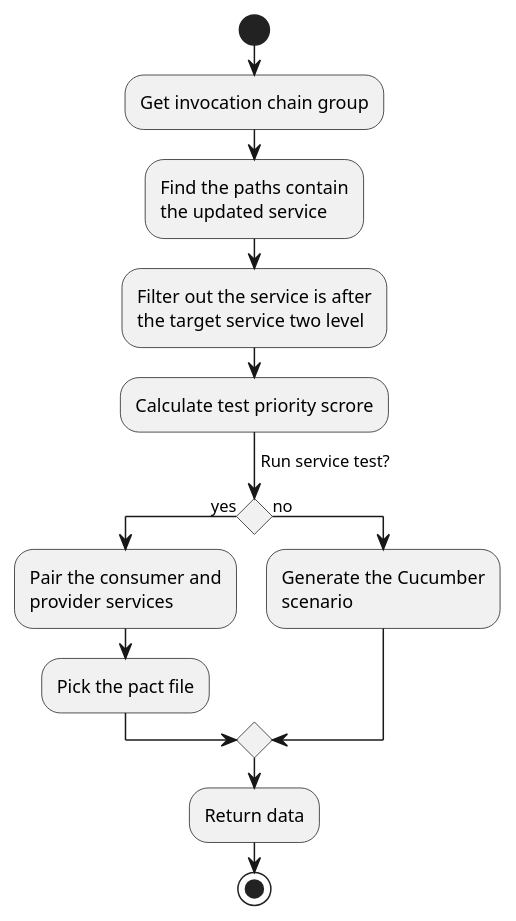
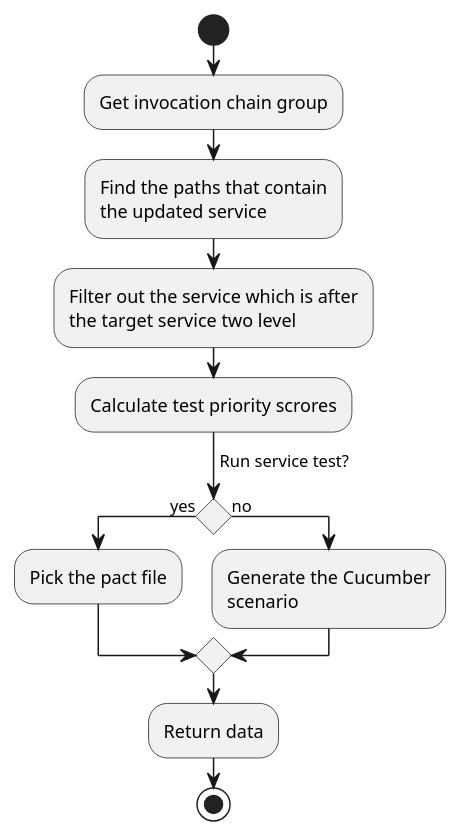
The diagram in diagram/regression.puml (b4456609/mgp-back), drawn with PlantUML before and after one commit.

```diff
--- a/diagram/regression.puml
+++ b/diagram/regression.puml
@@ -1,17 +1,16 @@
 @startuml
 'scale 2
 start
 :Get invocation chain group;
-:Find the paths contain\nthe updated service;
-:Filter out the service is after\nthe target service two level;
-:Calculate test priority scrore;
+:Find the paths that contain\nthe updated service;
+:Filter out the service which is after\nthe target service two level;
+:Calculate test priority scrores;
 ->Run service test?;
 if() then (yes)
-    :Pair the consumer and\nprovider services;
     :Pick the pact file;
 else (no)
     :Generate the Cucumber\nscenario;
 endif
 :Return data;
 stop
 @enduml
```
